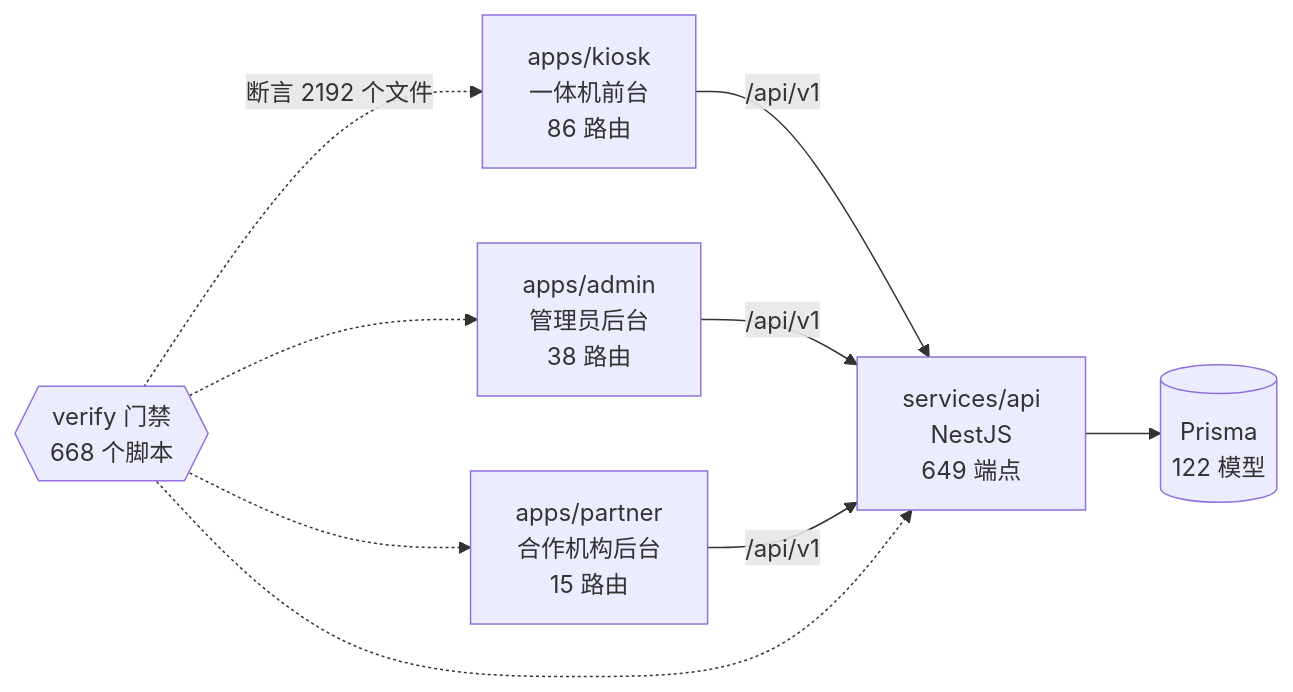
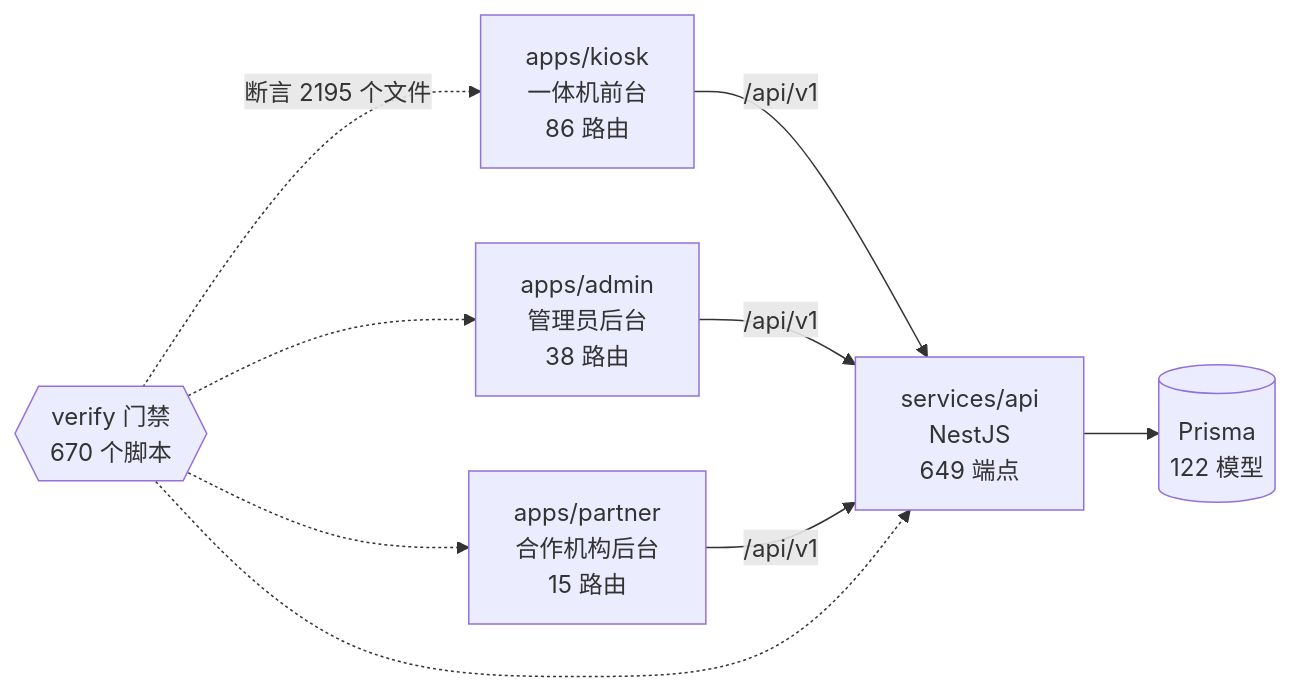
Before and after one commit to wanglei581/YITIJI: the diagram in docs/graph/README.md, drawn with Mermaid. The commit also changed other lines of this file and 3 other files, not shown here.

Commit message:
按当前源码重生项目图谱。

````diff
--- a/docs/graph/README.md
+++ b/docs/graph/README.md
@@ -68,18 +68,18 @@
 ```mermaid
 flowchart LR
   kiosk["apps/kiosk<br/>一体机前台<br/>86 路由"]
   admin["apps/admin<br/>管理员后台<br/>38 路由"]
   partner["apps/partner<br/>合作机构后台<br/>15 路由"]
   api["services/api<br/>NestJS<br/>649 端点"]
   db[("Prisma<br/>122 模型")]
-  gates{{"verify 门禁<br/>668 个脚本"}}
+  gates{{"verify 门禁<br/>670 个脚本"}}
 
   kiosk -->|"/api/v1"| api
   admin -->|"/api/v1"| api
   partner -->|"/api/v1"| api
   api --> db
-  gates -.->|"断言 2192 个文件"| kiosk
+  gates -.->|"断言 2195 个文件"| kiosk
   gates -.-> admin
   gates -.-> partner
   gates -.-> api
 ```
````
